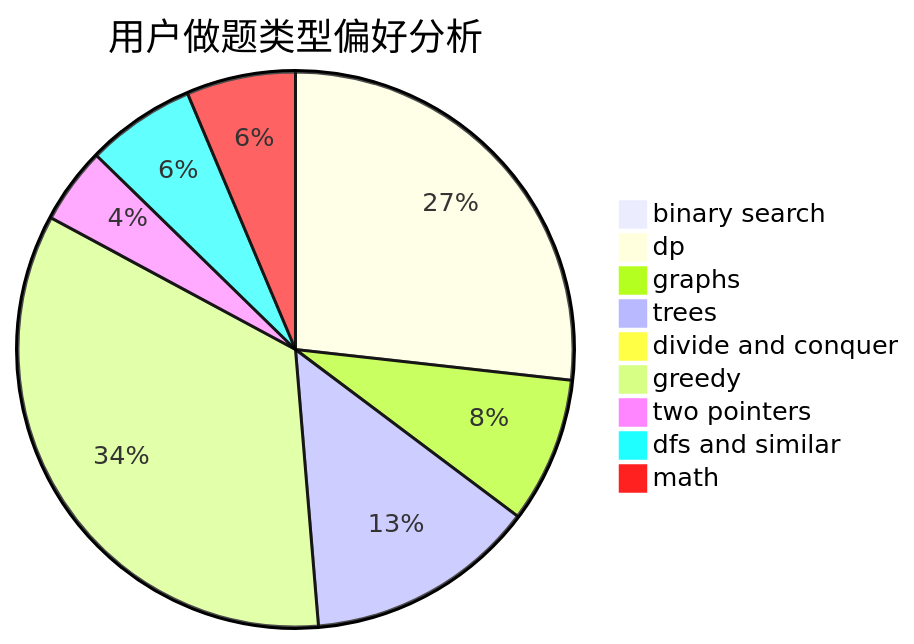
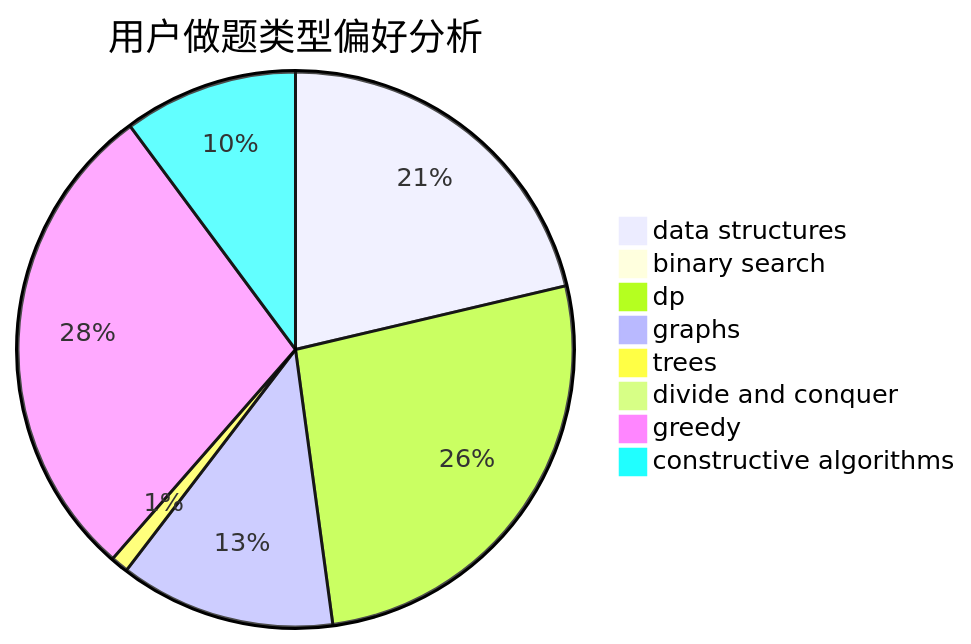
The second of 3 diagrams in docs/user/u467.md (sherpahu/cfrs.github.io), drawn with Mermaid before and after one commit. The commit also changed other lines of this file and 2775 other files, not shown here.

````diff
--- a/docs/user/u467.md
+++ b/docs/user/u467.md
@@ -23,12 +23,11 @@
 ```mermaid
 pie title 用户做题类型偏好分析
-    "binary search" :  7
-    "dp" :  881
-    "graphs" :  279
-    "trees" :  442
-    "divide and conquer" :  23
-    "greedy" :  1125
-    "two pointers" :  146
-    "dfs and similar" :  209
-    "math" :  209
+    "data structures" :  372
+    "binary search" :  5
+    "dp" :  463
+    "graphs" :  219
+    "trees" :  18
+    "divide and conquer" :  0
+    "greedy" :  496
+    "constructive algorithms" :  177
 ```
````
